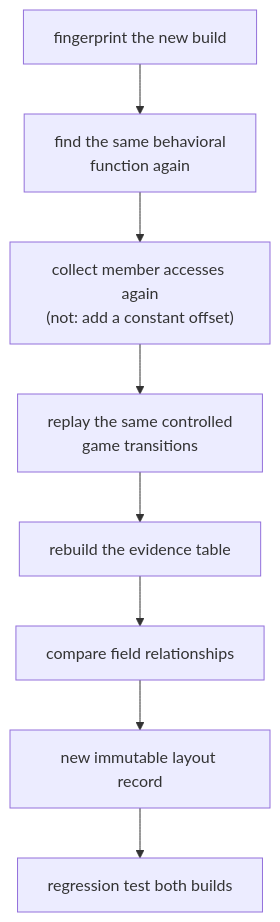
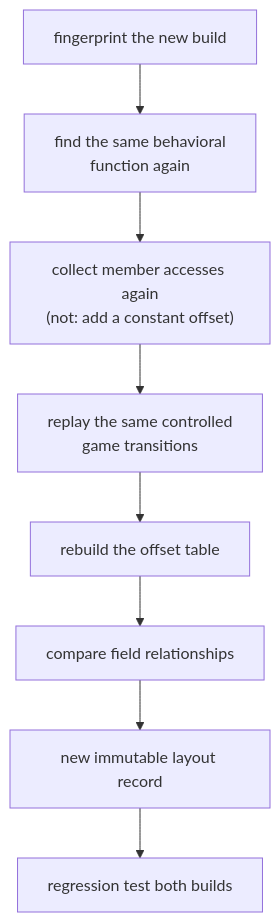
Before and after one commit to MustCodeAl/rust-game-hacking-book: the second of 2 diagrams in site/src/content/docs/pages/13/06.mdx, drawn with Mermaid. The commit also changed other lines of this file and 85 other files, not shown here.

````diff
--- a/site/src/content/docs/pages/13/06.mdx
+++ b/site/src/content/docs/pages/13/06.mdx
@@ -129,10 +138,10 @@
 ```mermaid
 flowchart TD
     A["fingerprint the new build"] --> B["find the same behavioral<br/>function again"]
     B --> C["collect member accesses again<br/>(not: add a constant offset)"]
     C --> D["replay the same controlled<br/>game transitions"]
-    D --> E["rebuild the evidence table"]
+    D --> E["rebuild the offset table"]
     E --> F["compare field relationships"]
     F --> G["new immutable layout record"]
     G --> H["regression test both builds"]
 ```
````
